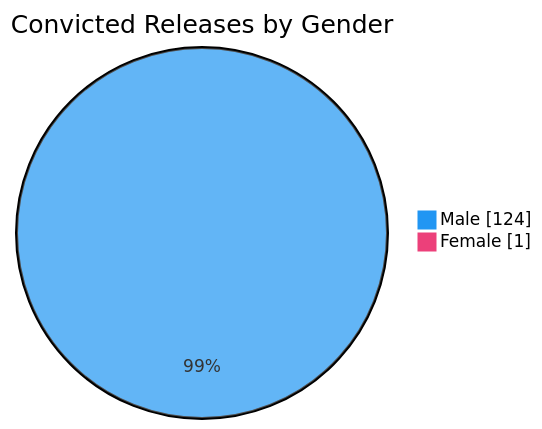
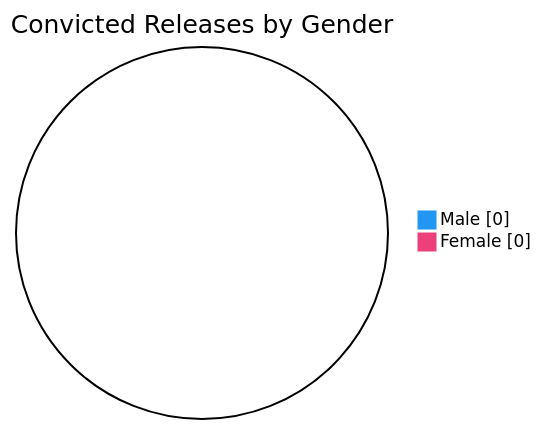
Before and after one commit to nuuuwan/lk_prisons: the sixth of 7 diagrams in README.md, drawn with Mermaid. The commit also changed other lines of this file and 1 other file, not shown here.

````diff
--- a/README.md
+++ b/README.md
@@ -98,6 +98,6 @@
 ```mermaid
 %%{init: {'themeVariables': {'pie1': '#2196F3', 'pie2': '#EC407A'}}}%%
 pie showData title Convicted Releases by Gender
-    "Male" : 124
-    "Female" : 1
+    "Male" : 0
+    "Female" : 0
 ```
````
